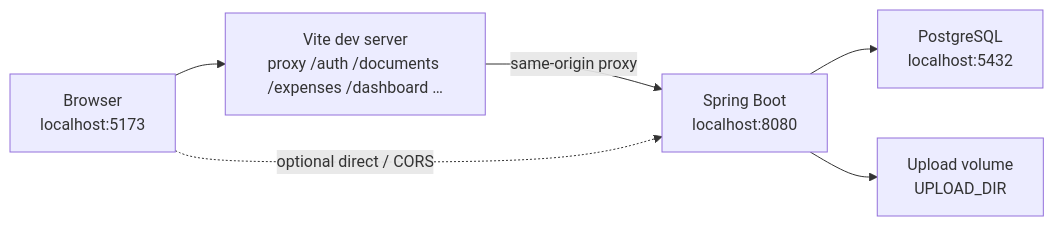
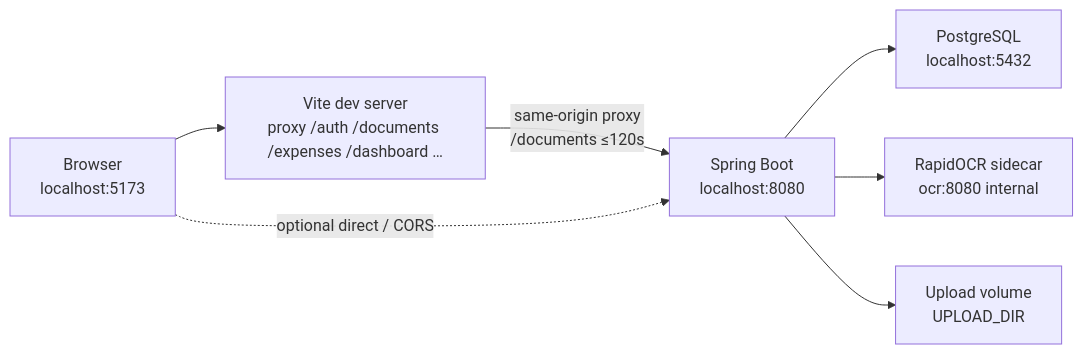
One commit to 22simeon14/finance_tracker changed the second of 9 diagrams in docs/architecture.md. Above: the diagram before and after it, drawn with Mermaid. The commit also changed other lines of this file and 8 other files, not shown here.

````diff
--- a/docs/architecture.md
+++ b/docs/architecture.md
@@ -110,14 +110,16 @@
 ```mermaid
 flowchart LR
     Browser["Browser<br/>localhost:5173"]
     Vite["Vite dev server<br/>proxy /auth /documents /expenses /dashboard …"]
     API["Spring Boot<br/>localhost:8080"]
     PG["PostgreSQL<br/>localhost:5432"]
+    OCR["RapidOCR sidecar<br/>ocr:8080 internal"]
     Disk["Upload volume<br/>UPLOAD_DIR"]
 
     Browser --> Vite
-    Vite -->|"same-origin proxy"| API
+    Vite -->|"same-origin proxy<br/>/documents ≤120s"| API
     Browser -.->|"optional direct / CORS"| API
     API --> PG
+    API --> OCR
     API --> Disk
 ```
````
